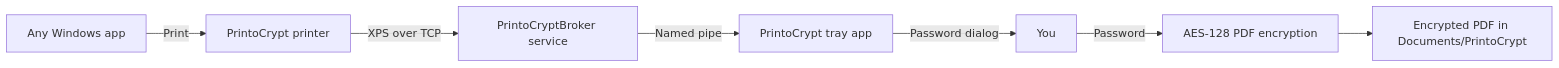
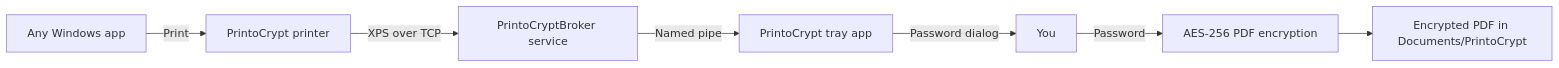
The diagram in README.md (vblechta/printocrypt), drawn with Mermaid before and after one commit. The commit also changed other lines of this file and 5 other files, not shown here.

Commit message:
Release 1.1.0 with AES-256 PDF encryption.

````diff
--- a/README.md
+++ b/README.md
@@ -9,9 +9,9 @@
 ```mermaid
 flowchart LR
     App[Any Windows app] -->|Print| Printer[PrintoCrypt printer]
     Printer -->|XPS over TCP| Broker[PrintoCryptBroker service]
     Broker -->|Named pipe| Tray[PrintoCrypt tray app]
     Tray -->|Password dialog| User[You]
-    User -->|Password| Encrypt[AES-128 PDF encryption]
+    User -->|Password| Encrypt[AES-256 PDF encryption]
     Encrypt --> PDF[Encrypted PDF in Documents/PrintoCrypt]
 ```
````
